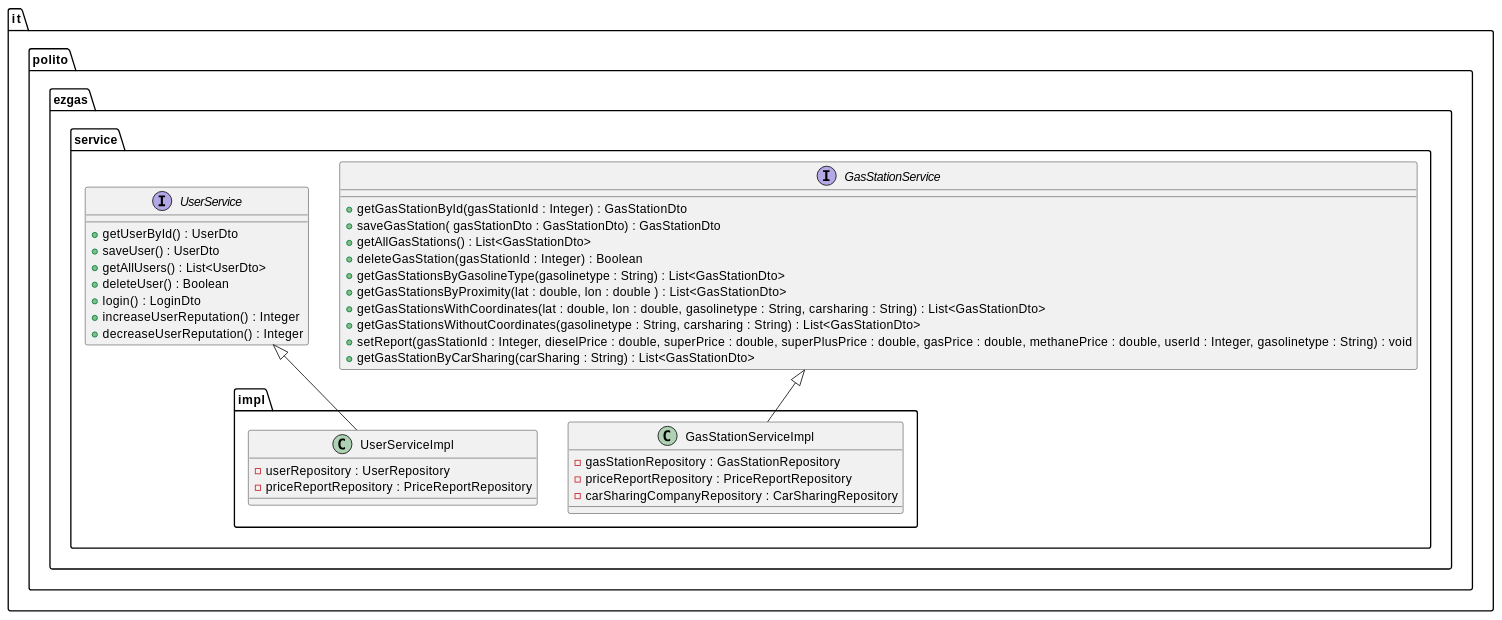
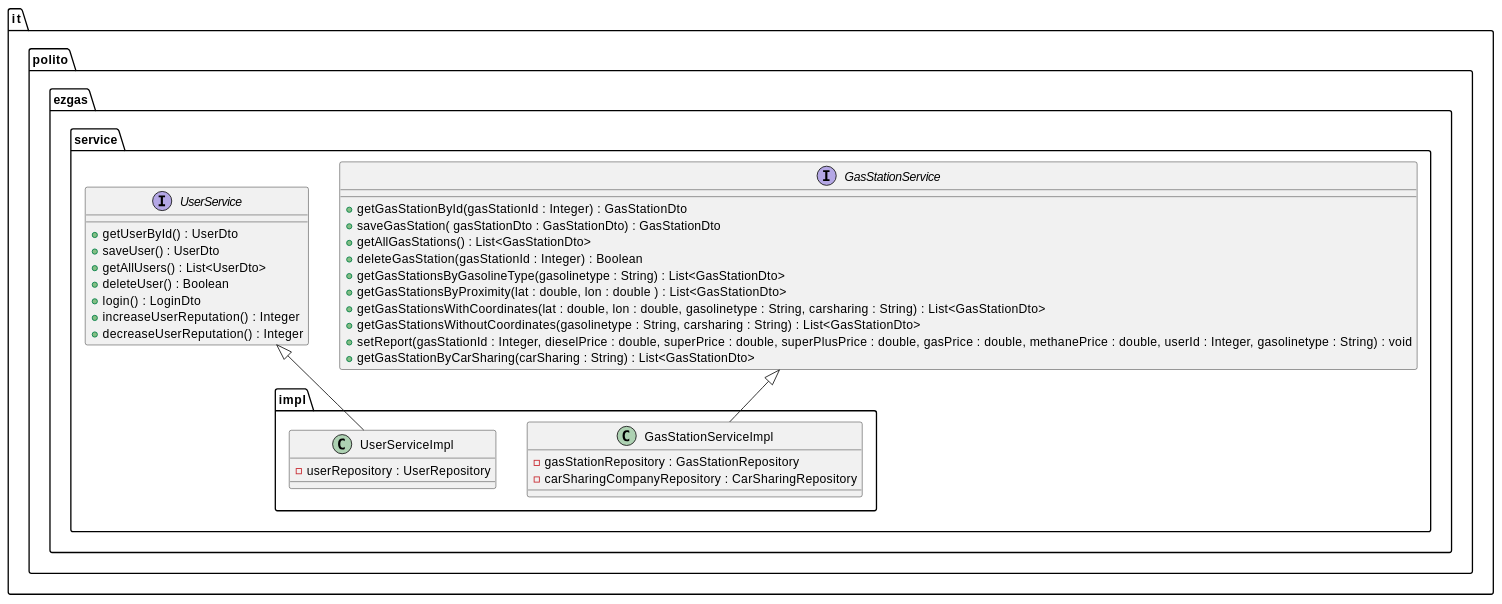
One commit to lucarinelli/ezgas changed the fifth of 13 diagrams in docs/DesignDocument.md. Above: the diagram before and after it, drawn with PlantUML. The commit also changed other lines of this file, not shown here.

````diff
--- a/docs/DesignDocument.md
+++ b/docs/DesignDocument.md
@@ -254,44 +254,42 @@
 ```plantuml
 @startuml
 package "it.polito.ezgas.service" {
         interface GasStationService {
             +getGasStationById(gasStationId : Integer) : GasStationDto
             +saveGasStation( gasStationDto : GasStationDto) : GasStationDto
             +getAllGasStations() : List<GasStationDto>
             +deleteGasStation(gasStationId : Integer) : Boolean
             +getGasStationsByGasolineType(gasolinetype : String) : List<GasStationDto>
             +getGasStationsByProximity(lat : double, lon : double ) : List<GasStationDto>
             +getGasStationsWithCoordinates(lat : double, lon : double, gasolinetype : String, carsharing : String) : List<GasStationDto>
             +getGasStationsWithoutCoordinates(gasolinetype : String, carsharing : String) : List<GasStationDto>
             +setReport(gasStationId : Integer, dieselPrice : double, superPrice : double, superPlusPrice : double, gasPrice : double, methanePrice : double, userId : Integer, gasolinetype : String) : void
             +getGasStationByCarSharing(carSharing : String) : List<GasStationDto>
         }
         
         interface UserService {
             +getUserById() : UserDto
             +saveUser() : UserDto
             +getAllUsers() : List<UserDto>
             +deleteUser() : Boolean
             +login() : LoginDto
             +increaseUserReputation() : Integer
             +decreaseUserReputation() : Integer
         }
         
         package "impl"{
         class GasStationServiceImpl{
             -gasStationRepository : GasStationRepository
-            -priceReportRepository : PriceReportRepository
             -carSharingCompanyRepository : CarSharingRepository
         }
         
         class UserServiceImpl{
             -userRepository : UserRepository
-            -priceReportRepository : PriceReportRepository
         }
         }
     }
 
 UserService <|-- UserServiceImpl
 GasStationService <|-- GasStationServiceImpl
 @enduml
 ```
````
